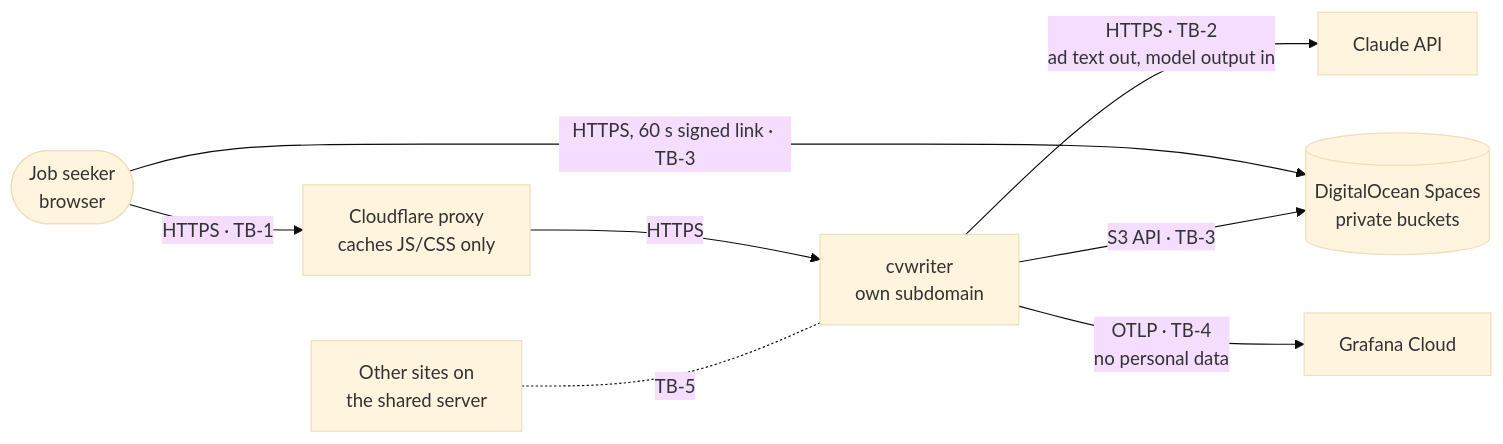
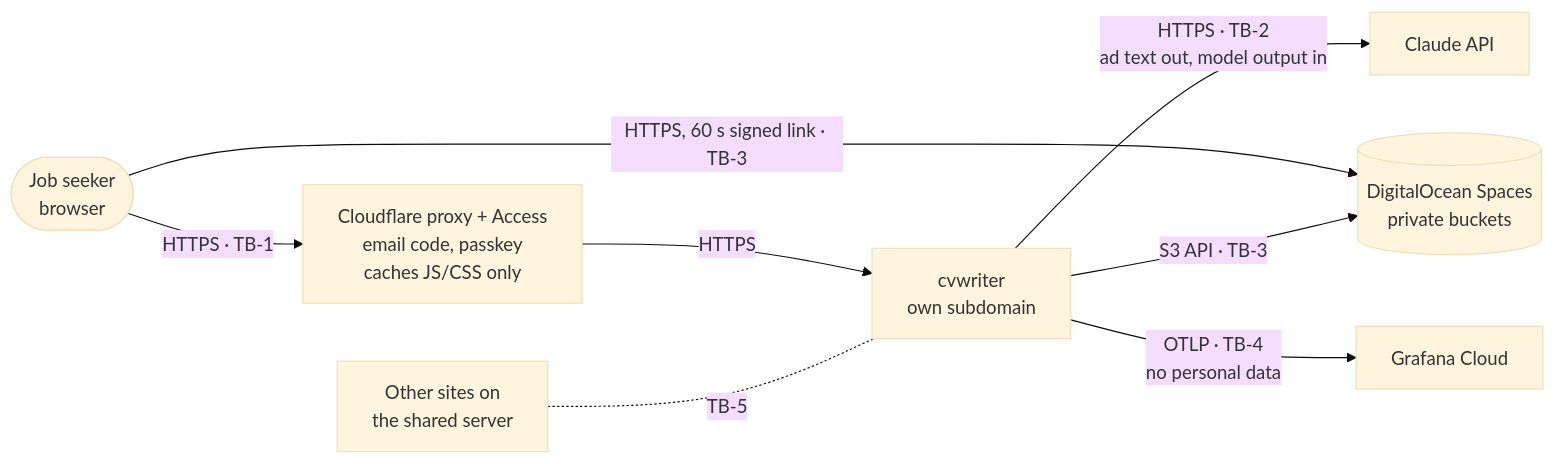
One commit to pyfork/klein-stapje changed the third of 4 diagrams in specs/architecture.md. Above: the diagram before and after it, drawn with Mermaid (base theme). The commit also changed other lines of this file and 1 other file, not shown here.

First line of the commit message:
threat model: A-5 decided; Cloudflare Access with email code + passkey; origin token check

````diff
--- a/specs/architecture.md
+++ b/specs/architecture.md
@@ -66,10 +66,10 @@
 ```mermaid
 flowchart LR
-    owner([Job seeker<br/>browser]) -->|HTTPS · TB-1| cdn[Cloudflare proxy<br/>caches JS/CSS only]
+    owner([Job seeker<br/>browser]) -->|HTTPS · TB-1| cdn[Cloudflare proxy + Access<br/>email code, passkey<br/>caches JS/CSS only]
     cdn -->|HTTPS| system[cvwriter<br/>own subdomain]
     owner -->|HTTPS, 60 s signed link · TB-3| spaces[(DigitalOcean Spaces<br/>private buckets)]
     system -->|HTTPS · TB-2<br/>ad text out, model output in| claude[Claude API]
     system -->|S3 API · TB-3| spaces
     system -->|OTLP · TB-4<br/>no personal data| otel[Grafana Cloud]
     tenants[Other sites on<br/>the shared server] -. TB-5 .- system
 ```
````
